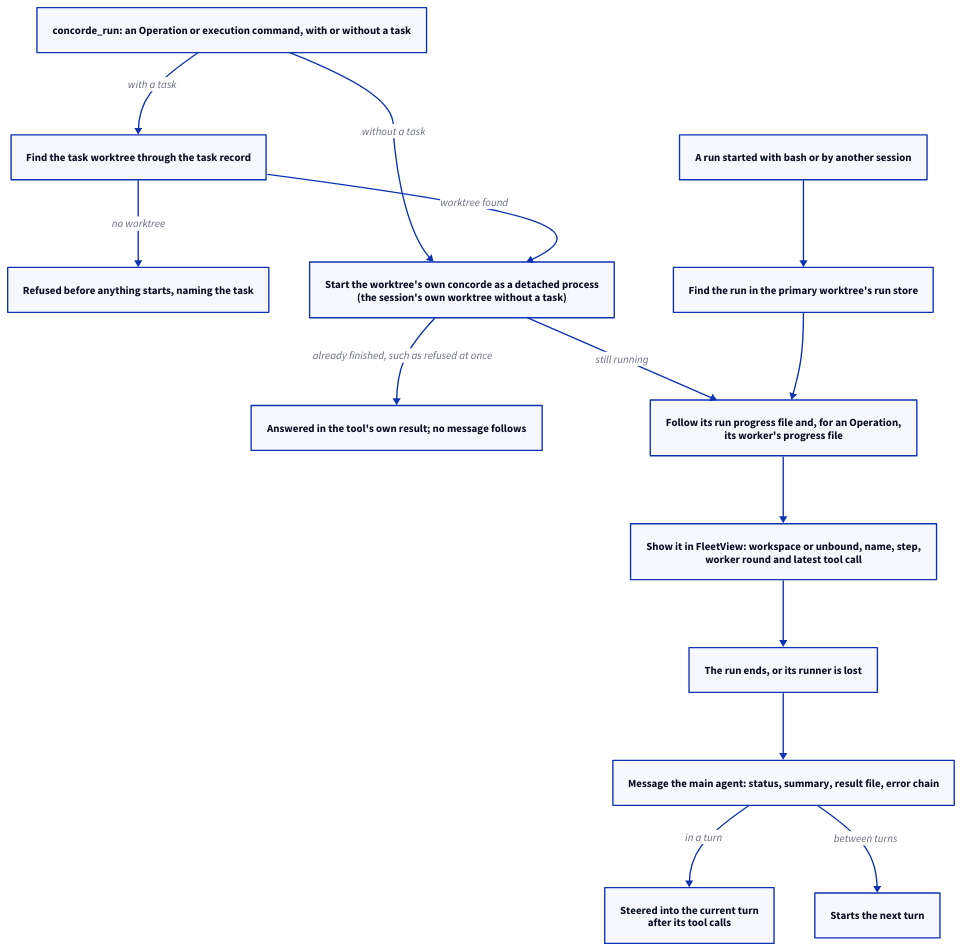
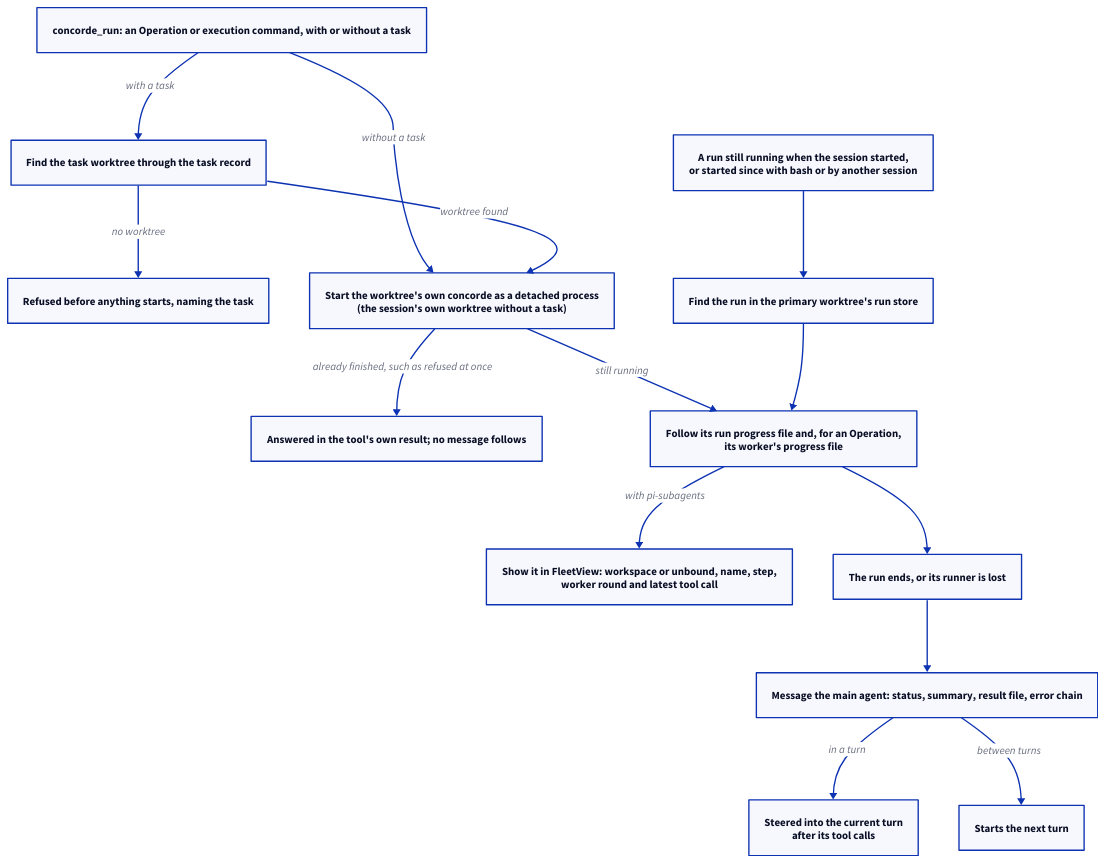
The second of 5 diagrams in specs/concorde/coordination/main-session/module.md (FTOD/concorde), drawn with D2 before and after one commit. The commit also changed 2 other files, not shown here.

Commit message:
Task and Main sessions: keep both kinds of version 1 report and correct the run view flow
pi-report-v1 covered only a delivered version 1 report; state that each
version 1 report has only the fields of its status and check an escalated
one as well. The run view flow now shows FleetView as optional and names
runs still running when the session started among the runs it discovers.

````diff
--- a/specs/concorde/coordination/main-session/module.md
+++ b/specs/concorde/coordination/main-session/module.md
@@ -170,29 +170,29 @@
 ```d2 illustrative
 direction: down
 tool: "concorde_run: an Operation or execution command, with or without a task"
 worktree: "Find the task worktree through the task record"
 refused: "Refused before anything starts, naming the task"
 launch: "Start the worktree's own concorde as a detached process\n(the session's own worktree without a task)"
-elsewhere: "A run started with bash or by another session"
+elsewhere: "A run still running when the session started,\nor started since with bash or by another session"
 store: "Find the run in the primary worktree's run store"
 done: "Answered in the tool's own result; no message follows"
 follow: "Follow its run progress file and, for an Operation,\nits worker's progress file"
 fleet: "Show it in FleetView: workspace or unbound, name, step,\nworker round and latest tool call"
 ended: "The run ends, or its runner is lost"
 wake: "Message the main agent: status, summary, result file, error chain"
 steer: "Steered into the current turn\nafter its tool calls"
 next: "Starts the next turn"
 tool -> worktree: with a task
 tool -> launch: without a task
 worktree -> refused: no worktree
 worktree -> launch: worktree found
 launch -> done: already finished, such as refused at once
 launch -> follow: still running
 elsewhere -> store
 store -> follow
-follow -> fleet
-fleet -> ended
+follow -> fleet: with pi-subagents
+follow -> ended
 ended -> wake
 wake -> steer: in a turn
 wake -> next: between turns
 ```
````
